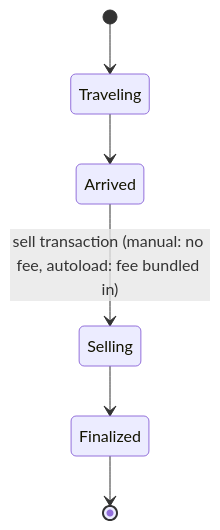
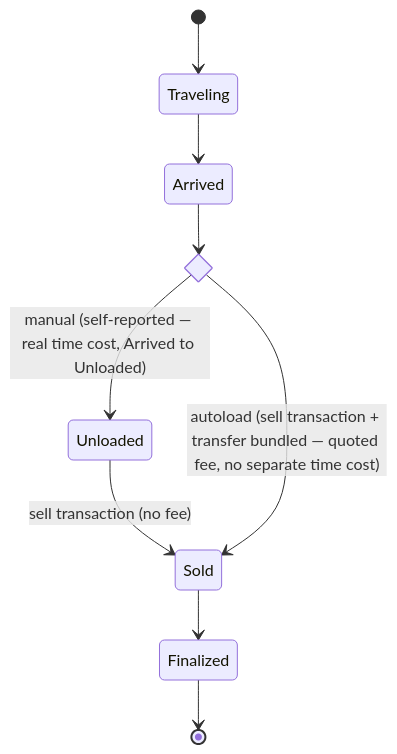
Before and after one commit to CasualAlacrity/Graphling: the third of 3 diagrams in docs/trade-route-tracker.md, drawn with Mermaid. The commit also changed other lines of this file, not shown here.

First line of the commit message:
Fix stale Sale-leg diagram in trade-route-tracker.md

````diff
--- a/docs/trade-route-tracker.md
+++ b/docs/trade-route-tracker.md
@@ -93,9 +93,16 @@
 ```mermaid
 stateDiagram-v2
     [*] --> Traveling
     Traveling --> Arrived
-    Arrived --> Selling: sell transaction (manual: no fee, autoload: fee bundled in)
-    Selling --> Finalized
 
+    state transfer_type <<choice>>
+    Arrived --> transfer_type
+
+    transfer_type --> Unloaded: manual (self-reported — real time cost, Arrived to Unloaded)
+    Unloaded --> Sold: sell transaction (no fee)
+
+    transfer_type --> Sold: autoload (sell transaction + transfer bundled — quoted fee, no separate time cost)
+
+    Sold --> Finalized
     Finalized --> [*]
 ```
````
